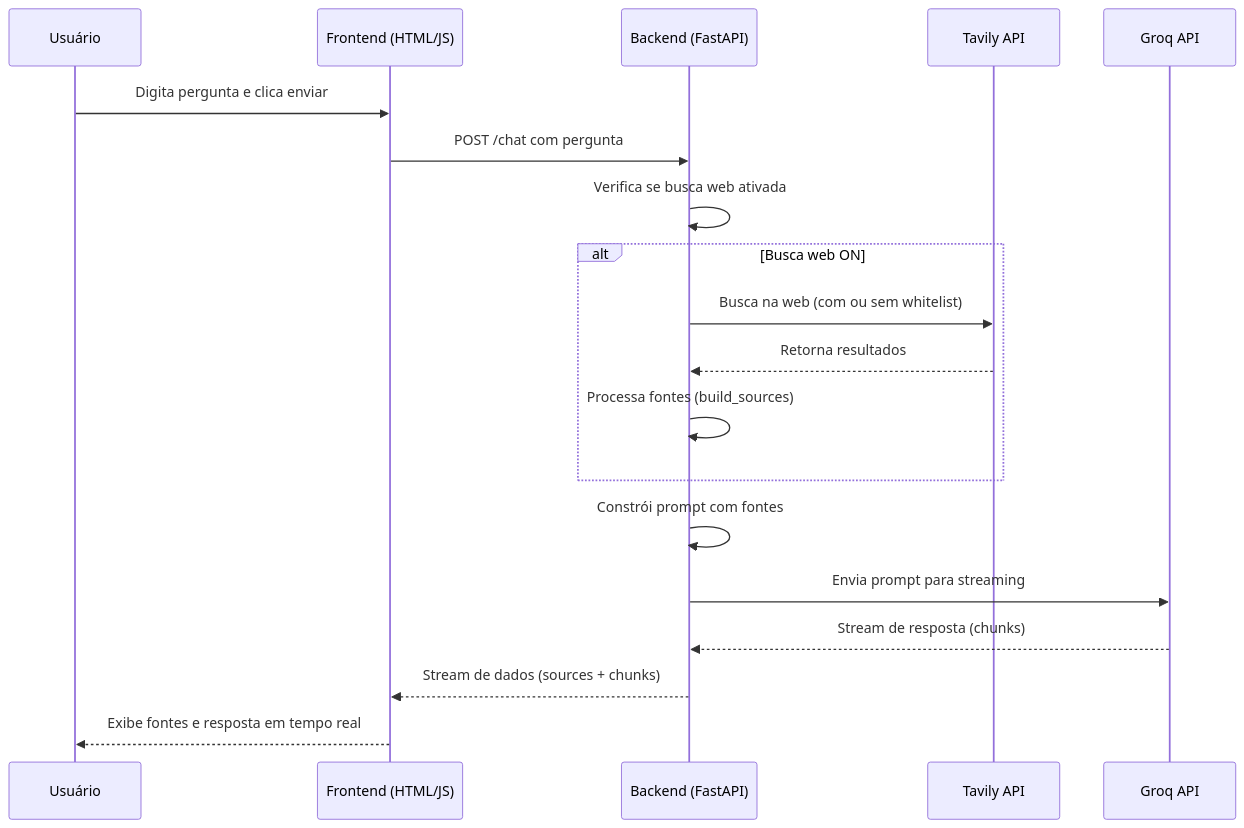
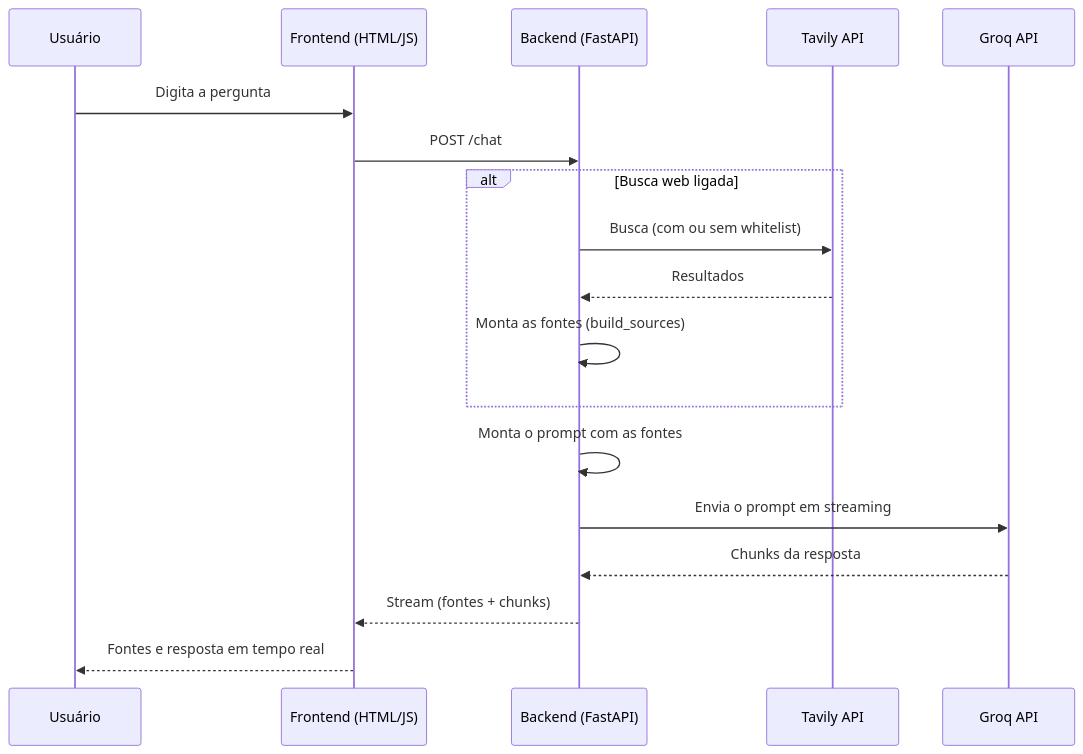
The diagram in README.md (igortavaresalves/Busca_web_LLM), drawn with Mermaid before and after one commit. The commit also changed other lines of this file, not shown here.

First line of the commit message:
docs: reescreve README com funcionalidades, decisoes de projeto e como rodar

````diff
--- a/README.md
+++ b/README.md
@@ -9,22 +17,21 @@
 ```mermaid
 sequenceDiagram
     participant U as Usuário
     participant F as Frontend (HTML/JS)
     participant B as Backend (FastAPI)
     participant T as Tavily API
     participant G as Groq API
 
-    U->>F: Digita pergunta e clica enviar
-    F->>B: POST /chat com pergunta
-    B->>B: Verifica se busca web ativada
-    alt Busca web ON
-        B->>T: Busca na web (com ou sem whitelist)
-        T-->>B: Retorna resultados
-        B->>B: Processa fontes (build_sources)
+    U->>F: Digita a pergunta
+    F->>B: POST /chat
+    alt Busca web ligada
+        B->>T: Busca (com ou sem whitelist)
+        T-->>B: Resultados
+        B->>B: Monta as fontes (build_sources)
     end
-    B->>B: Constrói prompt com fontes
-    B->>G: Envia prompt para streaming
-    G-->>B: Stream de resposta (chunks)
-    B-->>F: Stream de dados (sources + chunks)
-    F-->>U: Exibe fontes e resposta em tempo real
+    B->>B: Monta o prompt com as fontes
+    B->>G: Envia o prompt em streaming
+    G-->>B: Chunks da resposta
+    B-->>F: Stream (fontes + chunks)
+    F-->>U: Fontes e resposta em tempo real
 ```
````
